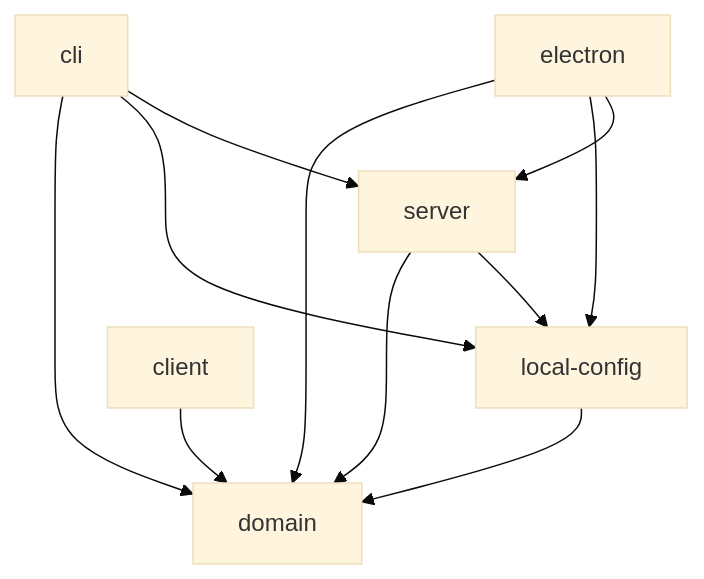
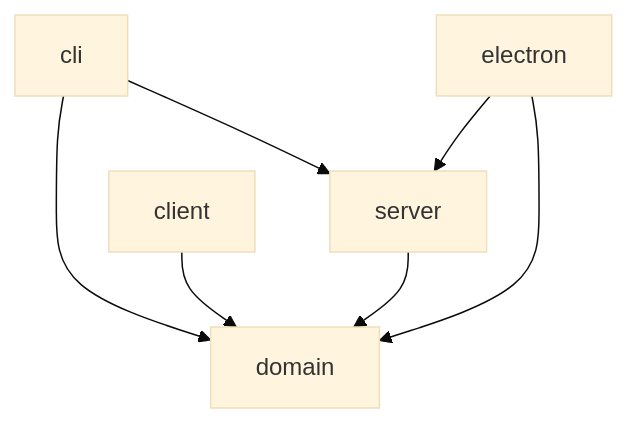
One commit to ytakahashi/sift changed the diagram in ARCHITECTURE.md. Above: the diagram before and after it, drawn with Mermaid (base theme). The commit also changed other lines of this file and 24 other files, not shown here.

````diff
--- a/ARCHITECTURE.md
+++ b/ARCHITECTURE.md
@@ -36,20 +33,15 @@
 ```mermaid
 graph TD
     domain
-    local-config["local-config"]
     server
     client
     cli
     electron
 
-    local-config --> domain
     cli --> domain
     client --> domain
     server --> domain
     electron --> domain
-    server --> local-config
-    cli --> local-config
-    electron --> local-config
     cli --> server
     electron --> server
 ```
````
